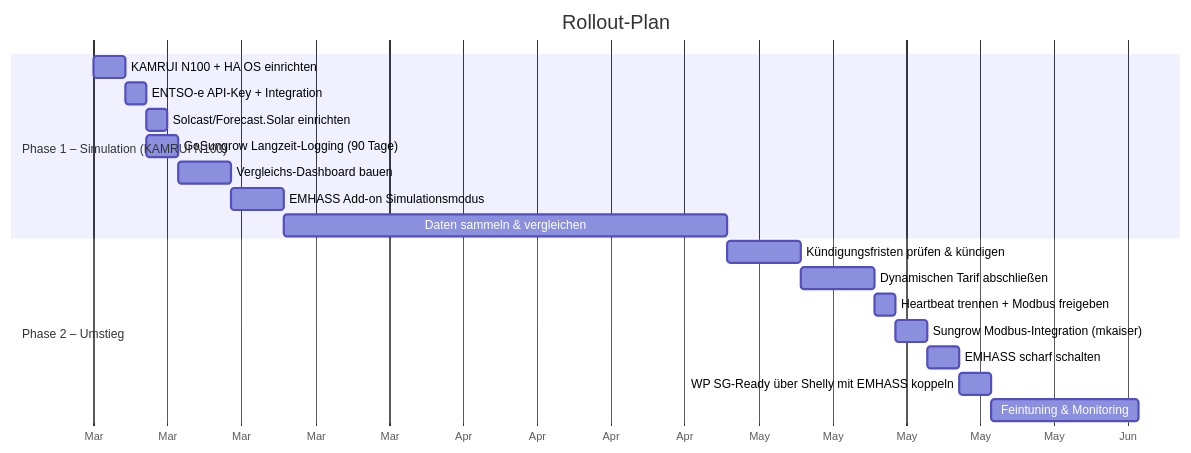
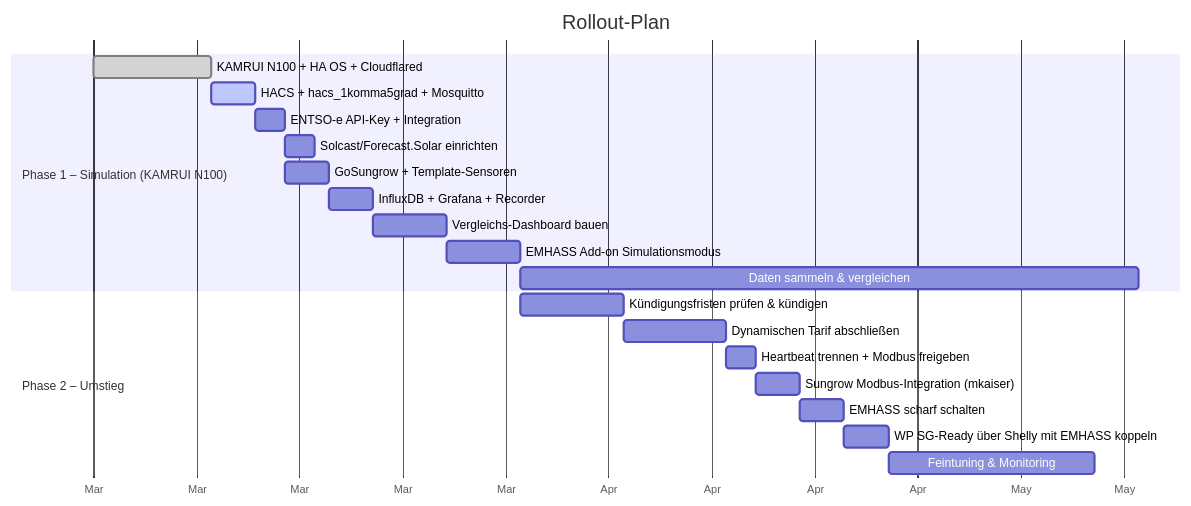
The third of 3 diagrams in docs/architektur.md (schowave/energy-management), drawn with Mermaid before and after one commit. The commit also changed other lines of this file and 2 other files, not shown here.

Commit message:
Adapts projektfortschritt

````diff
--- a/docs/architektur.md
+++ b/docs/architektur.md
@@ -149,24 +149,26 @@
 ```mermaid
 gantt
     title Rollout-Plan
     dateFormat YYYY-MM-DD
     axisFormat %b
 
     section Phase 1 – Simulation (KAMRUI N100)
-    KAMRUI N100 + HA OS einrichten          :p1hw, 2026-03-01, 3d
-    ENTSO-e API-Key + Integration           :p1a, after p1hw, 2d
+    KAMRUI N100 + HA OS + Cloudflared       :done, p1hw, 2026-03-01, 8d
+    HACS + hacs_1komma5grad + Mosquitto     :active, p1hacs, after p1hw, 3d
+    ENTSO-e API-Key + Integration           :p1a, after p1hacs, 2d
     Solcast/Forecast.Solar einrichten       :p1b, after p1a, 2d
-    GoSungrow Langzeit-Logging (90 Tage)    :p1c, after p1a, 3d
-    Vergleichs-Dashboard bauen              :p1d, after p1c, 5d
-    EMHASS Add-on Simulationsmodus            :p1e, after p1d, 5d
-    Daten sammeln & vergleichen             :p1f, after p1e, 42d
+    GoSungrow + Template-Sensoren           :p1c, after p1a, 3d
+    InfluxDB + Grafana + Recorder           :p1d, after p1c, 3d
+    Vergleichs-Dashboard bauen              :p1e, after p1d, 5d
+    EMHASS Add-on Simulationsmodus          :p1f, after p1e, 5d
+    Daten sammeln & vergleichen             :p1g, after p1f, 42d
 
     section Phase 2 – Umstieg
     Kündigungsfristen prüfen & kündigen     :p2a, after p1f, 7d
     Dynamischen Tarif abschließen           :p2b, after p2a, 7d
     Heartbeat trennen + Modbus freigeben    :p2c, after p2b, 2d
     Sungrow Modbus-Integration (mkaiser)    :p2d, after p2c, 3d
     EMHASS scharf schalten                  :p2e, after p2d, 3d
     WP SG-Ready über Shelly mit EMHASS koppeln :p2f, after p2e, 3d
     Feintuning & Monitoring                 :p2g, after p2f, 14d
 ```
````
